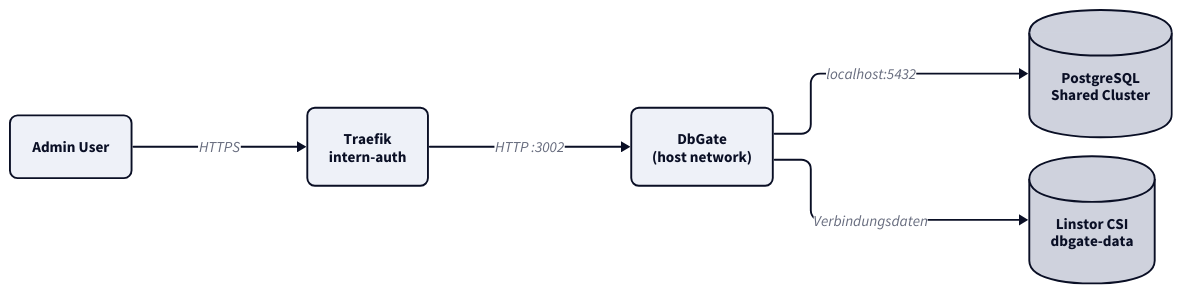
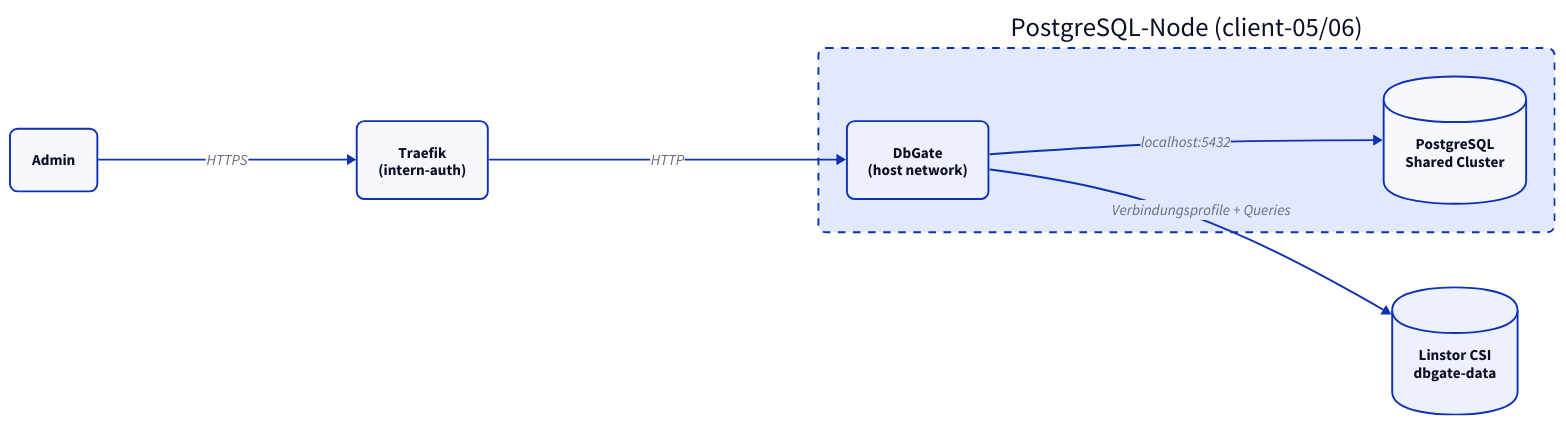
One commit to derever-labs/homelab-wiki changed the diagram in docs/dbgate/index.md. Above: the diagram before and after it, drawn with D2. The commit also changed 7 other files, not shown here.

First line of the commit message:
docs(smart-home): Diagramme fuer TALA ueberarbeiten (Batch B6) (#98)

````diff
--- a/docs/dbgate/index.md
+++ b/docs/dbgate/index.md
@@ -26,29 +26,33 @@
 ```d2
-vars: {
-  d2-config: {
-    theme-id: 1
-    layout-engine: elk
-  }
-}
+direction: right
 
 classes: {
   node: {
     style: {
       border-radius: 8
     }
   }
+  container: {
+    style: {
+      border-radius: 8
+      stroke-dash: 4
+    }
+  }
 }
 
-direction: right
+Admin: "Admin" { class: node }
+Traefik: "Traefik\n(intern-auth)" { class: node }
 
-User: Admin User { class: node }
-Traefik: "Traefik\nintern-auth" { class: node }
-DbGate: "DbGate\n(host network)" { class: node }
-PG: "PostgreSQL\nShared Cluster" { shape: cylinder }
-CSI: "Linstor CSI\ndbgate-data" { shape: cylinder }
+Node: "PostgreSQL-Node (client-05/06)" {
+  class: container
+  DbGate: "DbGate\n(host network)" { class: node }
+  PG: "PostgreSQL\nShared Cluster" { shape: cylinder }
+  DbGate -> PG: "localhost:5432"
+}
 
-User -> Traefik: HTTPS
-Traefik -> DbGate: HTTP :3002
-DbGate -> PG: localhost:5432
-DbGate -> CSI: Verbindungsdaten
+Vol: "Linstor CSI\ndbgate-data" { shape: cylinder }
+
+Admin -> Traefik: HTTPS
+Traefik -> Node.DbGate: HTTP
+Node.DbGate -> Vol: "Verbindungsprofile + Queries"
 ```
````
